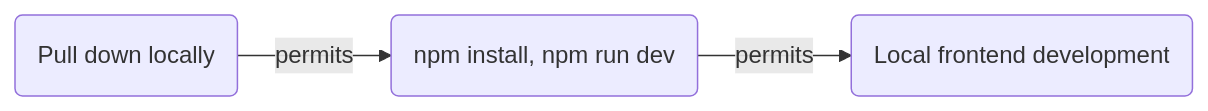
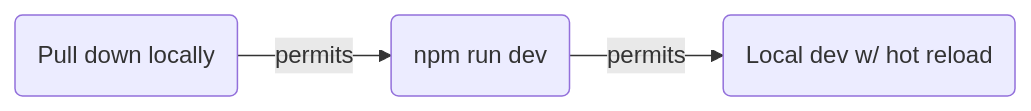
Before and after one commit to asa55/asa55.github.io: the first of 3 diagrams in .github/README.md, drawn with Mermaid. The commit also changed other lines of this file and 2 other files, not shown here.

````diff
--- a/.github/README.md
+++ b/.github/README.md
@@ -14,4 +16,4 @@
 ```mermaid
 flowchart LR
-    id1(Pull down locally)-- permits -->id2(npm install, npm run dev)-- permits -->id3(Local frontend development)
+    id1(Pull down locally)-- permits -->id2(npm run dev)-- permits -->id3(Local dev w/ hot reload)
 ```
````
